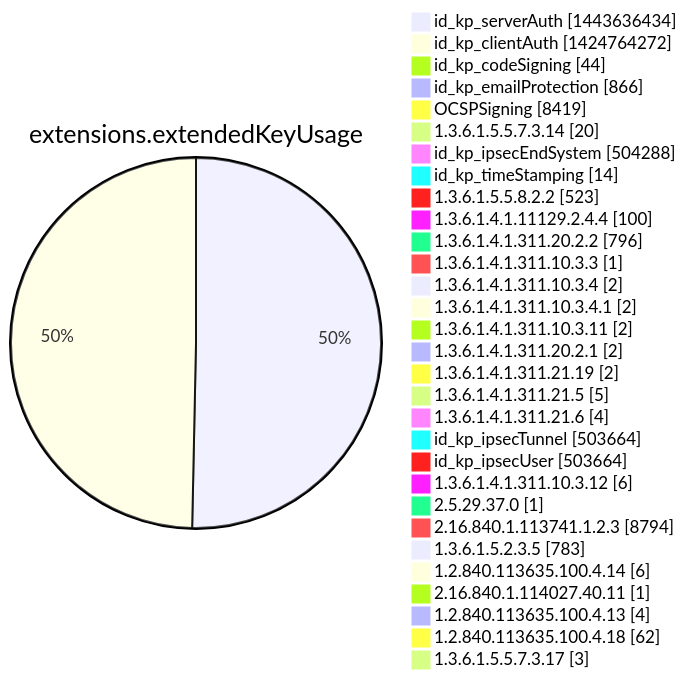
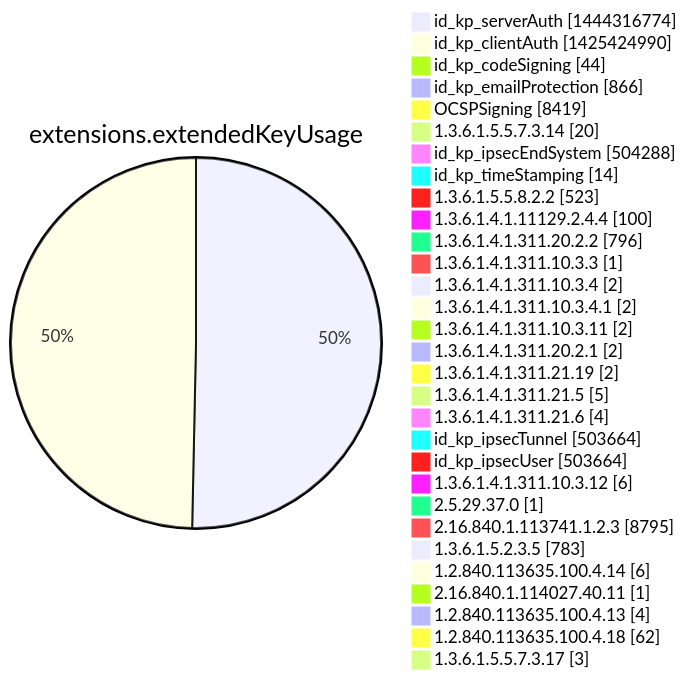
One commit to christiankrug/ctmonitor_visualization changed diagram 12 of 15 in argon2022/README.md. Above: the diagram before and after it, drawn with Mermaid. The commit also changed other lines of this file, not shown here.

````diff
--- a/argon2022/README.md
+++ b/argon2022/README.md
@@ -3555,34 +3555,34 @@
 ```mermaid
 pie showData
 title extensions.extendedKeyUsage
-"id_kp_serverAuth" :1443636434
-"id_kp_clientAuth" :1424764272
+"id_kp_serverAuth" :1444316774
+"id_kp_clientAuth" :1425424990
 "id_kp_codeSigning" :44
 "id_kp_emailProtection" :866
 "OCSPSigning" :8419
 "1.3.6.1.5.5.7.3.14" :20
 "id_kp_ipsecEndSystem" :504288
 "id_kp_timeStamping" :14
 "1.3.6.1.5.5.8.2.2" :523
 "1.3.6.1.4.1.11129.2.4.4" :100
 "1.3.6.1.4.1.311.20.2.2" :796
 "1.3.6.1.4.1.311.10.3.3" :1
 "1.3.6.1.4.1.311.10.3.4" :2
 "1.3.6.1.4.1.311.10.3.4.1" :2
 "1.3.6.1.4.1.311.10.3.11" :2
 "1.3.6.1.4.1.311.20.2.1" :2
 "1.3.6.1.4.1.311.21.19" :2
 "1.3.6.1.4.1.311.21.5" :5
 "1.3.6.1.4.1.311.21.6" :4
 "id_kp_ipsecTunnel" :503664
 "id_kp_ipsecUser" :503664
 "1.3.6.1.4.1.311.10.3.12" :6
 "2.5.29.37.0" :1
-"2.16.840.1.113741.1.2.3" :8794
+"2.16.840.1.113741.1.2.3" :8795
 "1.3.6.1.5.2.3.5" :783
 "1.2.840.113635.100.4.14" :6
 "2.16.840.1.114027.40.11" :1
 "1.2.840.113635.100.4.13" :4
 "1.2.840.113635.100.4.18" :62
 "1.3.6.1.5.5.7.3.17" :3
 ```
````
